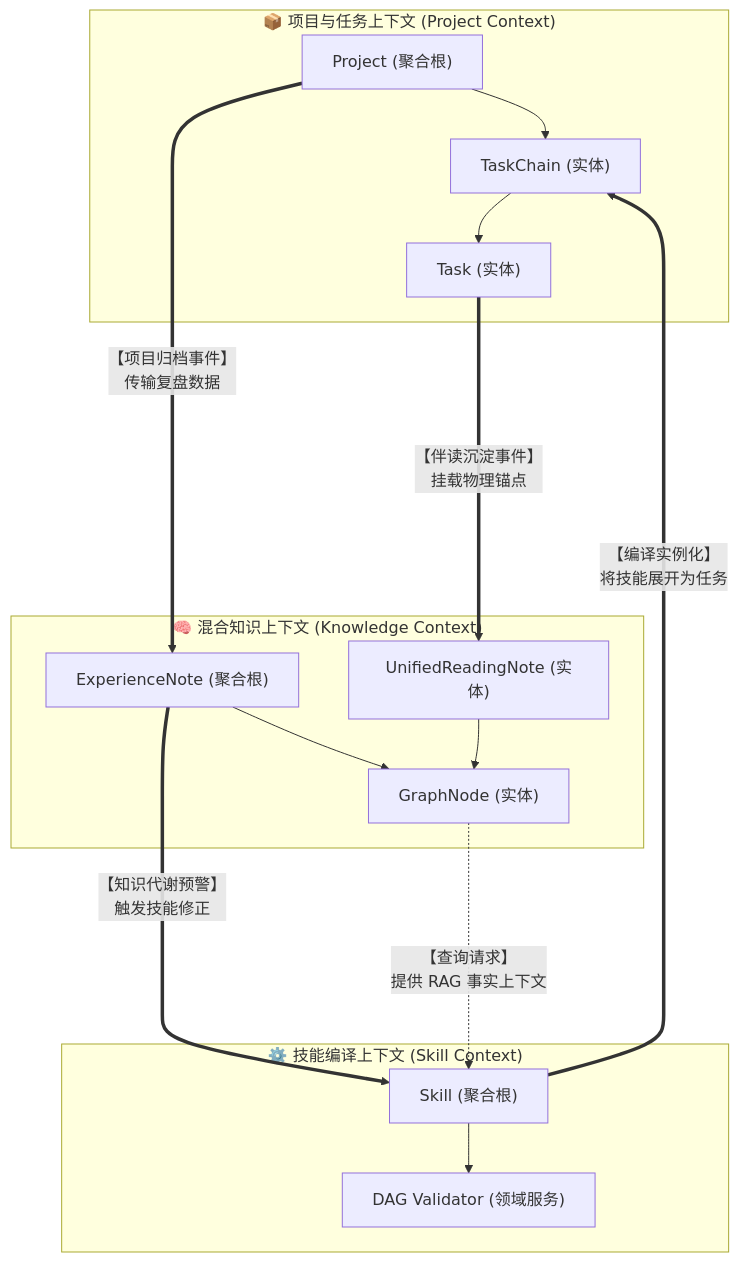
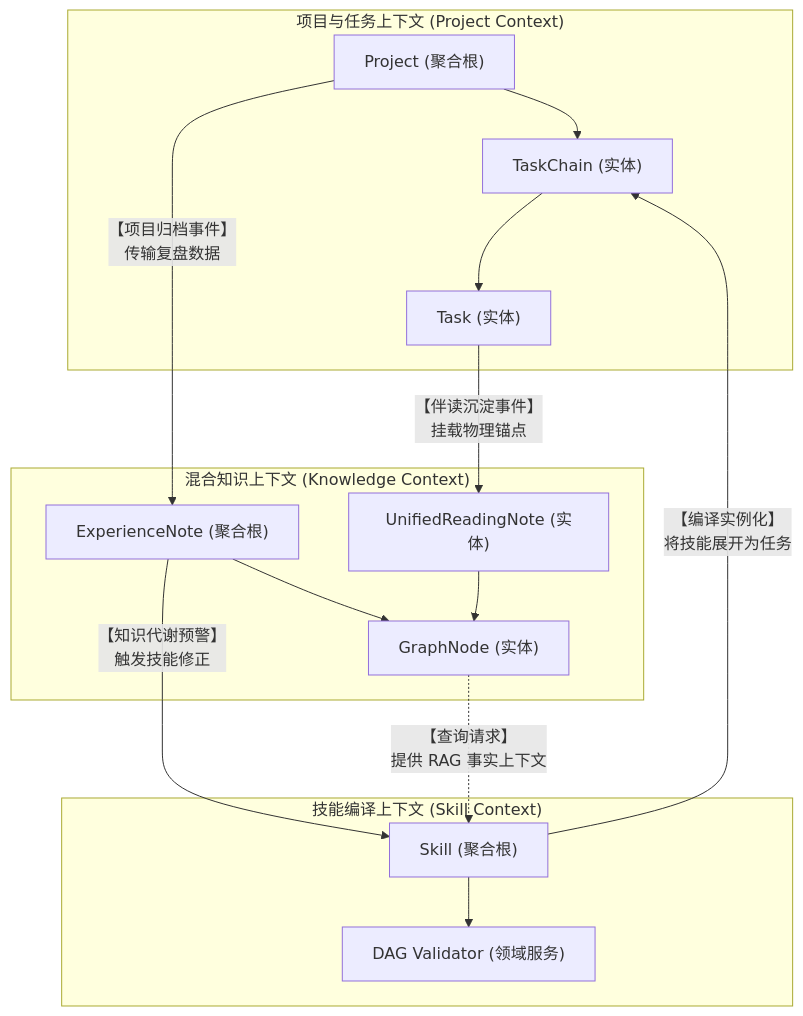
Before and after one commit to shanglihong/i-have-a-plan: the second of 3 diagrams in docs/06_system_architecture/backend_design_spec_v1.0.md, drawn with Mermaid.

Commit message:
docs: update backend design specification to reflect latest system architecture changes

````diff
--- a/docs/06_system_architecture/backend_design_spec_v1.0.md
+++ b/docs/06_system_architecture/backend_design_spec_v1.0.md
@@ -112,42 +112,42 @@
 ```mermaid
 graph TD
     %% 限界上下文 (Bounded Contexts)
     
-    subgraph ProjectDomain ["📦 项目与任务上下文 (Project Context)"]
+    subgraph ProjectDomain ["项目与任务上下文 (Project Context)"]
         P_Proj["Project (聚合根)"]
         P_TC["TaskChain (实体)"]
         P_Task["Task (实体)"]
         
         P_Proj --> P_TC
         P_TC --> P_Task
     end
 
-    subgraph KnowledgeDomain ["🧠 混合知识上下文 (Knowledge Context)"]
+    subgraph KnowledgeDomain ["混合知识上下文 (Knowledge Context)"]
         K_URN["UnifiedReadingNote (实体)"]
         K_EN["ExperienceNote (聚合根)"]
         K_Graph["GraphNode (实体)"]
         
         K_EN --> K_Graph
         K_URN --> K_Graph
     end
 
-    subgraph SkillDomain ["⚙️ 技能编译上下文 (Skill Context)"]
+    subgraph SkillDomain ["技能编译上下文 (Skill Context)"]
         S_Skill["Skill (聚合根)"]
         S_DAG["DAG Validator (领域服务)"]
         
         S_Skill --> S_DAG
     end
 
     %% 上下文映射 (Context Mapping) 与边界交互
     
     %% 项目域 -> 知识域
-    P_Proj == "【项目归档事件】<br>传输复盘数据" ====> K_EN
-    P_Task == "【伴读沉淀事件】<br>挂载物理锚点" ====> K_URN
+    P_Proj -->|"【项目归档事件】<br>传输复盘数据"| K_EN
+    P_Task -->|"【伴读沉淀事件】<br>挂载物理锚点"| K_URN
     
     %% 知识域 -> 技能域
-    K_EN == "【知识代谢预警】<br>触发技能修正" ====> S_Skill
-    K_Graph -. "【查询请求】<br>提供 RAG 事实上下文" .-> S_Skill
+    K_EN -->|"【知识代谢预警】<br>触发技能修正"| S_Skill
+    K_Graph -.->|"【查询请求】<br>提供 RAG 事实上下文"| S_Skill
     
     %% 技能域 -> 项目域
-    S_Skill == "【编译实例化】<br>将技能展开为任务" ====> P_TC
+    S_Skill -->|"【编译实例化】<br>将技能展开为任务"| P_TC
 ```
````
